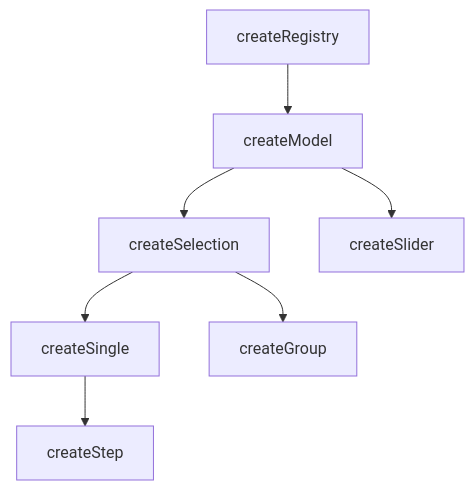
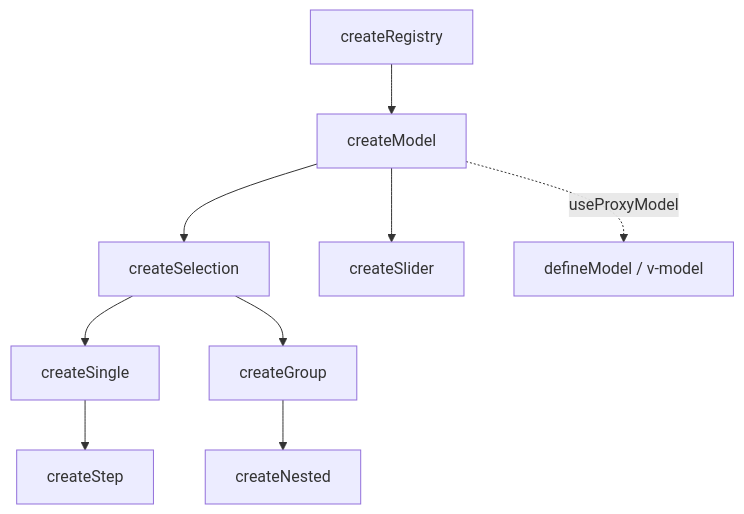
One commit to vuetifyjs/0 changed the first of 3 diagrams in apps/docs/src/pages/composables/selection/create-model.md. Above: the diagram before and after it, drawn with Mermaid. The commit also changed other lines of this file and 3 other files, not shown here.

First line of the commit message:
docs(createModel): add diagrams, prose, benchmarks, and split compound example

````diff
--- a/apps/docs/src/pages/composables/selection/create-model.md
+++ b/apps/docs/src/pages/composables/selection/create-model.md
@@ -48,9 +48,11 @@
 ```mermaid "Model Hierarchy"
 flowchart TD
-  createRegistry --> createModel
+  createRegistry --> createModel:::primary
   createModel --> createSelection
   createModel --> createSlider
   createSelection --> createSingle
   createSelection --> createGroup
   createSingle --> createStep
+  createGroup --> createNested
+  createModel -. "useProxyModel" .-> defineModel["defineModel / v-model"]
 ```
````
